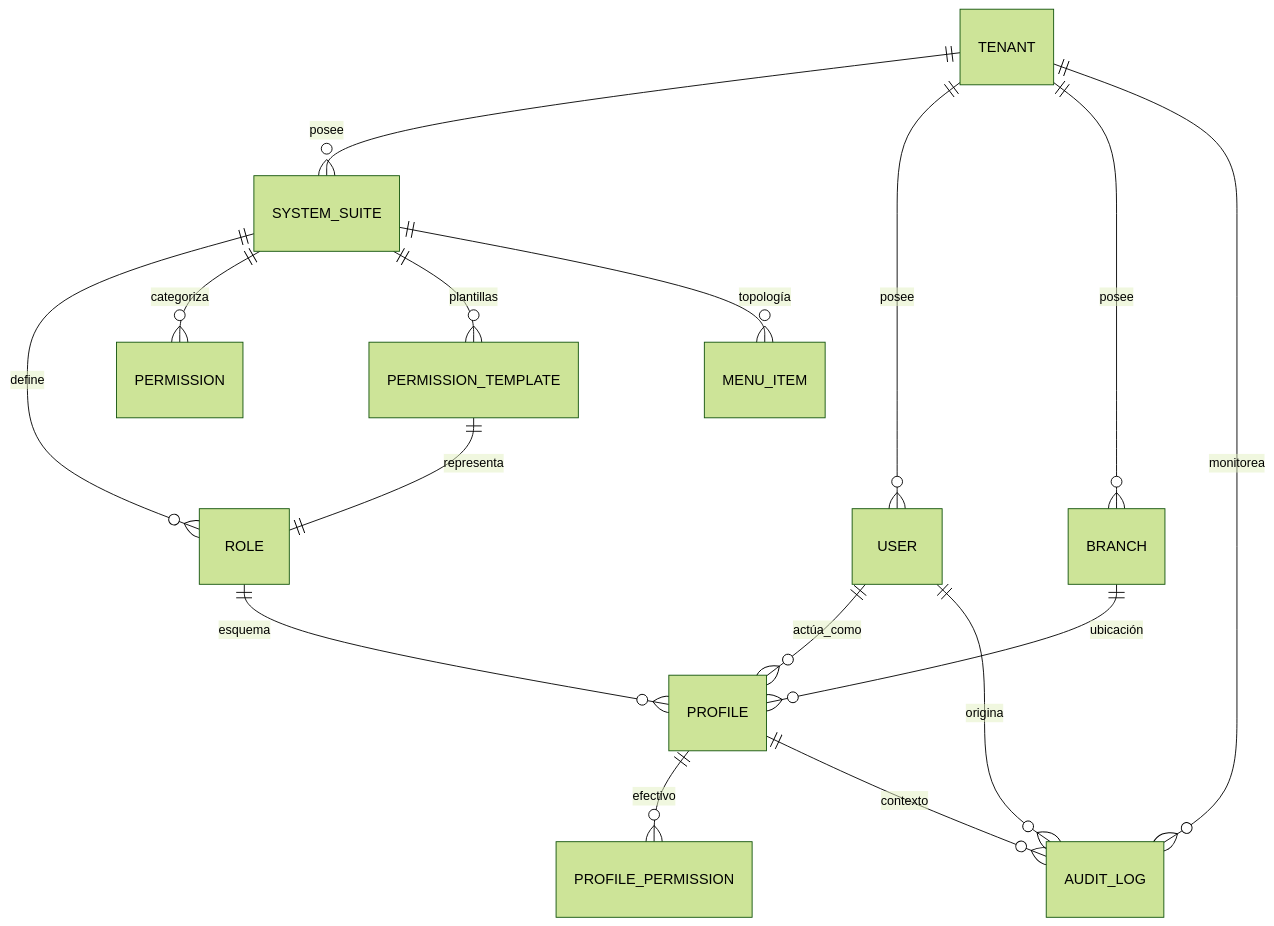
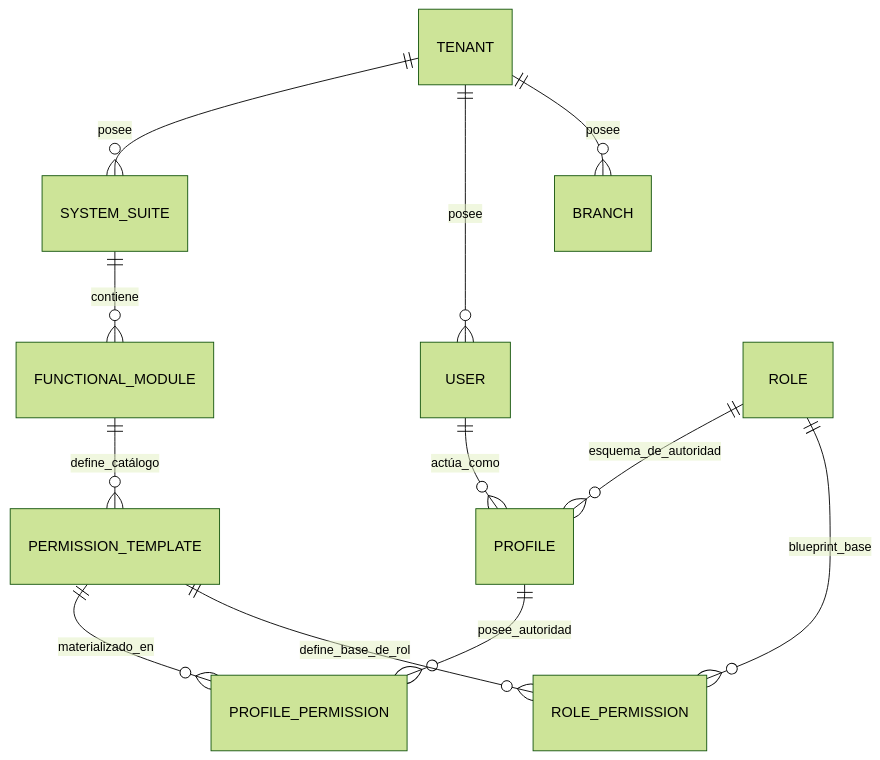
Before and after one commit to beyondnetcode/ums: the first of 4 diagrams in architecture/blueprints-es/database-design-er.md, drawn with Mermaid (forest theme). The commit also changed other lines of this file and 5 other files, not shown here.

````diff
--- a/architecture/blueprints-es/database-design-er.md
+++ b/architecture/blueprints-es/database-design-er.md
@@ -40,24 +36,18 @@
 ```mermaid
 erDiagram
     TENANT ||--o{ SYSTEM_SUITE : "posee"
     TENANT ||--o{ USER : "posee"
     TENANT ||--o{ BRANCH : "posee"
-    TENANT ||--o{ AUDIT_LOG : "monitorea"
     
-    SYSTEM_SUITE ||--o{ ROLE : "define"
-    SYSTEM_SUITE ||--o{ PERMISSION : "categoriza"
-    SYSTEM_SUITE ||--o{ PERMISSION_TEMPLATE : "plantillas"
-    SYSTEM_SUITE ||--o{ MENU_ITEM : "topología"
+    SYSTEM_SUITE ||--o{ FUNCTIONAL_MODULE : "contiene"
+    FUNCTIONAL_MODULE ||--o{ PERMISSION_TEMPLATE : "define_catálogo"
+    
+    PERMISSION_TEMPLATE ||--o{ PROFILE_PERMISSION : "materializado_en"
     
     USER ||--o{ PROFILE : "actúa_como"
-    USER ||--o{ AUDIT_LOG : "origina"
+    PROFILE ||--o{ PROFILE_PERMISSION : "posee_autoridad"
     
-    ROLE ||--o{ PROFILE : "esquema"
-    
-    PERMISSION_TEMPLATE ||--|| ROLE : "representa"
-    
-    PROFILE ||--o{ PROFILE_PERMISSION : "efectivo"
-    PROFILE ||--o{ AUDIT_LOG : "contexto"
-    
-    BRANCH ||--o{ PROFILE : "ubicación"
+    ROLE ||--o{ PROFILE : "esquema_de_autoridad"
+    ROLE ||--o{ ROLE_PERMISSION : "blueprint_base"
+    PERMISSION_TEMPLATE ||--o{ ROLE_PERMISSION : "define_base_de_rol"
 ```
````
